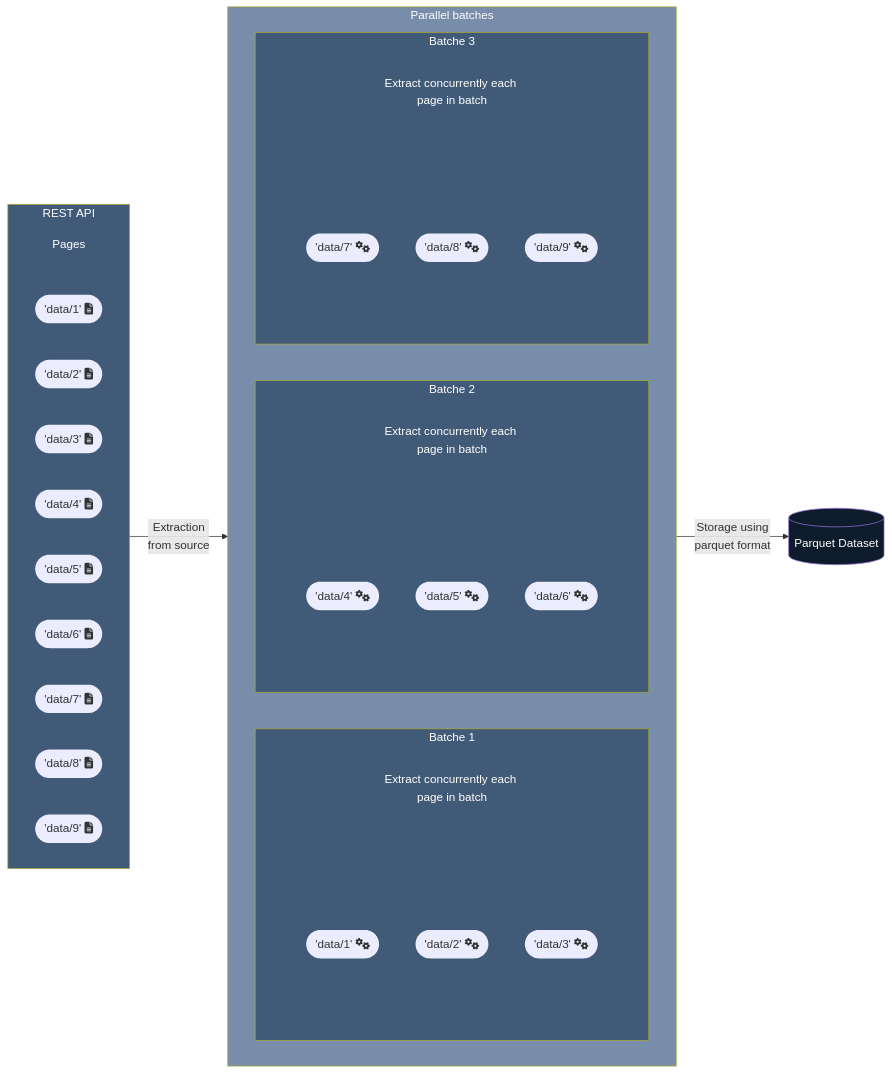
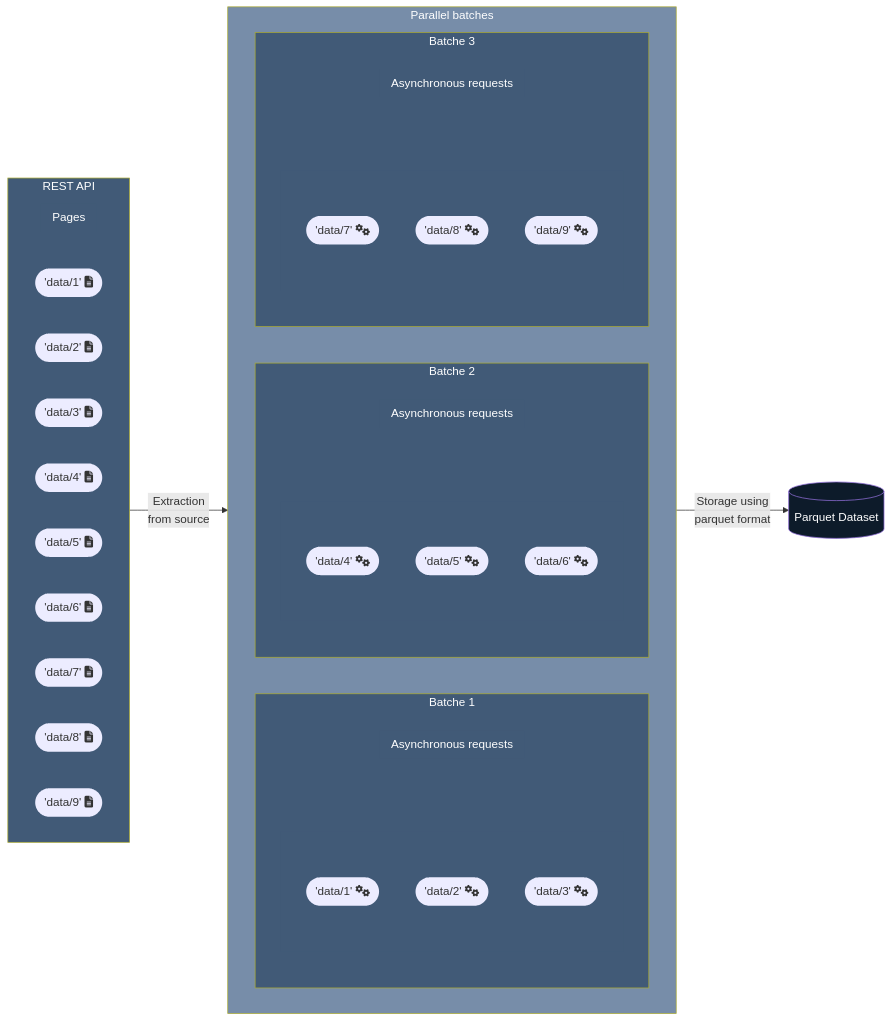
The diagram in README.md (FabianVegaA/guinna), drawn with Mermaid before and after one commit.

Commit message:
docs(readme): fix comment in the diagram

```diff
--- a/README.md
+++ b/README.md
@@ -35,7 +35,7 @@
 
         subgraph batch1[Batche 1]
             direction TB
-            E1[[Extract concurrently each page in batch]]
+            E1[[Asynchronous requests]]
             subgraph bs1[ ]
                 direction TB
                 A1_(['data/1' fa:fa-cogs])
@@ -47,7 +47,7 @@
 
         subgraph batch2[Batche 2]
             direction TB
-            E2[[Extract concurrently each page in batch]]
+            E2[[Asynchronous requests]]
             subgraph bs2[ ]
                 direction TB
                 A4_(['data/4' fa:fa-cogs])
@@ -59,7 +59,7 @@
 
         subgraph batch3[Batche 3]
             direction TB
-            E3[[Extract concurrently each page in batch]]
+            E3[[Asynchronous requests]]
             subgraph bs3[ ]
                 direction TB
                 A7_(['data/7' fa:fa-cogs])
```
